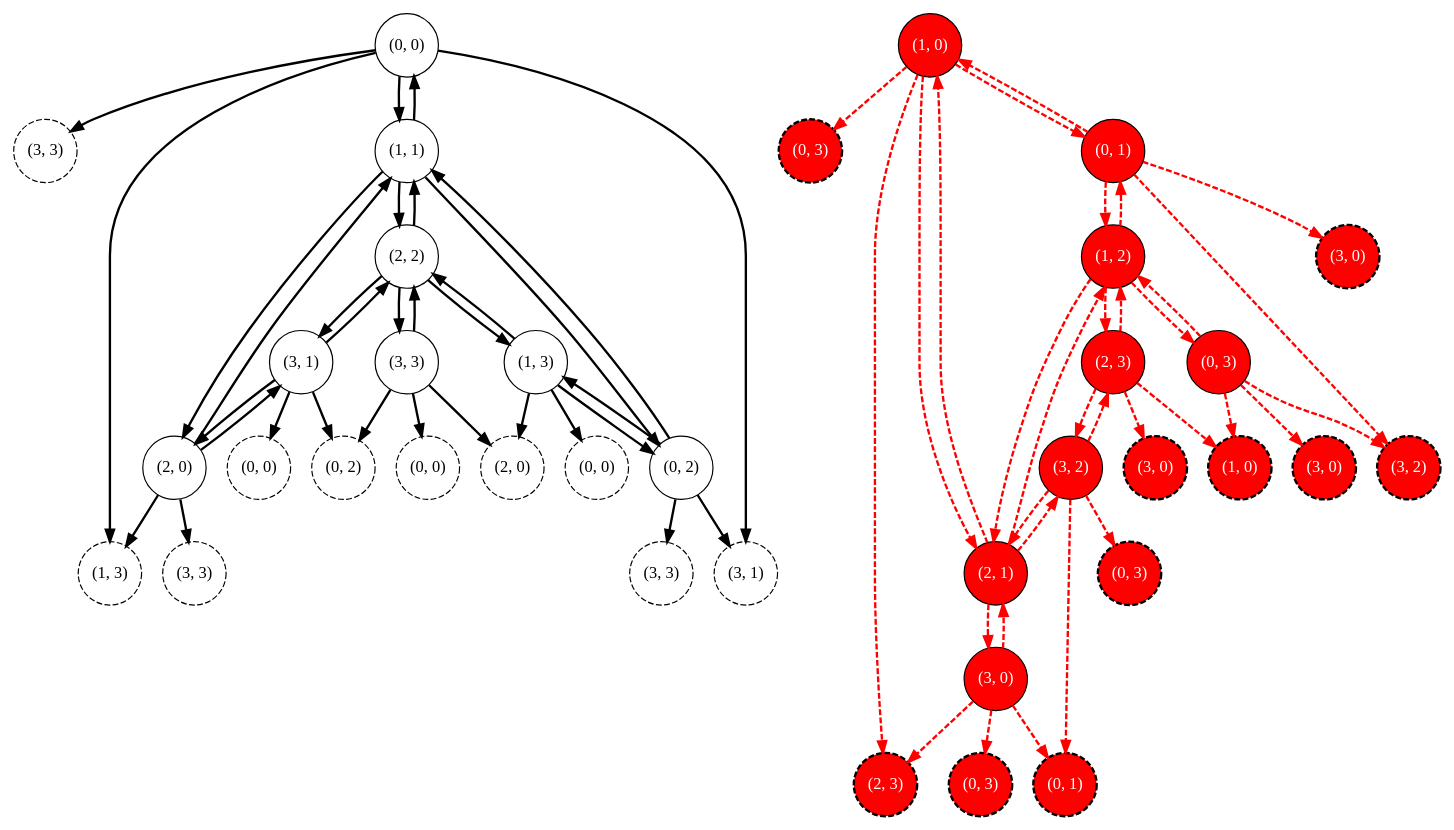
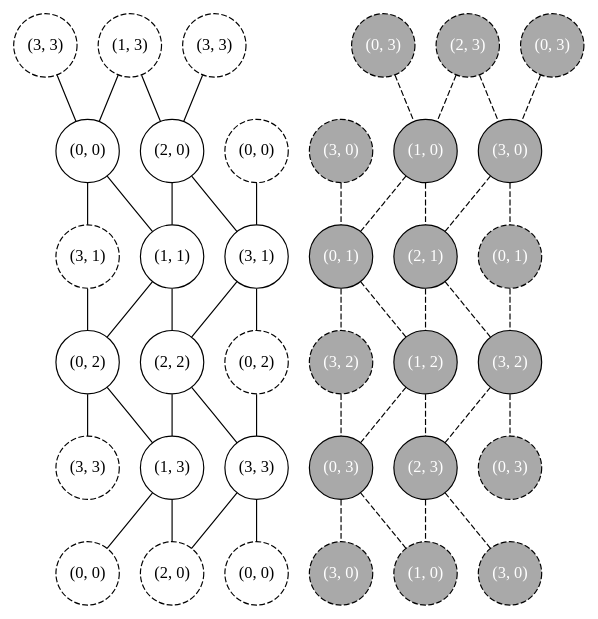
Before and after one commit to hiperwalk/hiperwalk: the diagram in docs/graphviz/grid/even-dim-diagonal.dot, drawn with Graphviz. The commit also changed 14 other files, not shown here.

```diff
--- a/docs/graphviz/grid/even-dim-diagonal.dot
+++ b/docs/graphviz/grid/even-dim-diagonal.dot
@@ -1,103 +1,85 @@
-digraph {
+graph {
 	"(-1, -1)" [pos="-1.75,-1.75!" width=0.75 height=0.75 fixedsize=True style="dashed" label="(3, 3)"]
-	"(0, -1)" [pos="0.0,-1.75!" width=0.75 height=0.75 fixedsize=True style="dashed" label="(0, 3)" fontcolor="white" fillcolor="red" style="filled,dashed" penwidth=2]
+	"(0, -1)" [pos="0.0,-1.75!" width=0.75 height=0.75 fixedsize=True style="dashed" label="(0, 3)" fontcolor="white" fillcolor="darkgray" style="filled,dashed"]
 	"(1, -1)" [pos="1.75,-1.75!" width=0.75 height=0.75 fixedsize=True style="dashed" label="(1, 3)"]
-	"(2, -1)" [pos="3.5,-1.75!" width=0.75 height=0.75 fixedsize=True style="dashed" label="(2, 3)" fontcolor="white" fillcolor="red" style="filled,dashed" penwidth=2]
+	"(2, -1)" [pos="3.5,-1.75!" width=0.75 height=0.75 fixedsize=True style="dashed" label="(2, 3)" fontcolor="white" fillcolor="darkgray" style="filled,dashed"]
 	"(3, -1)" [pos="5.25,-1.75!" width=0.75 height=0.75 fixedsize=True style="dashed" label="(3, 3)"]
-	"(4, -1)" [pos="7.0,-1.75!" width=0.75 height=0.75 fixedsize=True style="dashed" label="(0, 3)" fontcolor="white" fillcolor="red" style="filled,dashed" penwidth=2]
-	"(-1, 0)" [pos="-1.75,0.0!" width=0.75 height=0.75 fixedsize=True style="dashed" label="(3, 0)" fontcolor="white" fillcolor="red" style="filled,dashed" penwidth=2]
+	"(4, -1)" [pos="7.0,-1.75!" width=0.75 height=0.75 fixedsize=True style="dashed" label="(0, 3)" fontcolor="white" fillcolor="darkgray" style="filled,dashed"]
+	"(-1, 0)" [pos="-1.75,0.0!" width=0.75 height=0.75 fixedsize=True style="dashed" label="(3, 0)" fontcolor="white" fillcolor="darkgray" style="filled,dashed"]
 	"(0, 0)" [pos="0.0,0.0!" width=0.75 height=0.75 fixedsize=True]
-	"(1, 0)" [pos="1.75,0.0!" width=0.75 height=0.75 fixedsize=True fontcolor="white" fillcolor="red" style="filled"]
+	"(1, 0)" [pos="1.75,0.0!" width=0.75 height=0.75 fixedsize=True fontcolor="white" fillcolor="darkgray" style="filled"]
 	"(2, 0)" [pos="3.5,0.0!" width=0.75 height=0.75 fixedsize=True]
-	"(3, 0)" [pos="5.25,0.0!" width=0.75 height=0.75 fixedsize=True fontcolor="white" fillcolor="red" style="filled"]
+	"(3, 0)" [pos="5.25,0.0!" width=0.75 height=0.75 fixedsize=True fontcolor="white" fillcolor="darkgray" style="filled"]
 	"(4, 0)" [pos="7.0,0.0!" width=0.75 height=0.75 fixedsize=True style="dashed" label="(0, 0)"]
 	"(-1, 1)" [pos="-1.75,1.75!" width=0.75 height=0.75 fixedsize=True style="dashed" label="(3, 1)"]
-	"(0, 1)" [pos="0.0,1.75!" width=0.75 height=0.75 fixedsize=True fontcolor="white" fillcolor="red" style="filled"]
+	"(0, 1)" [pos="0.0,1.75!" width=0.75 height=0.75 fixedsize=True fontcolor="white" fillcolor="darkgray" style="filled"]
 	"(1, 1)" [pos="1.75,1.75!" width=0.75 height=0.75 fixedsize=True]
-	"(2, 1)" [pos="3.5,1.75!" width=0.75 height=0.75 fixedsize=True fontcolor="white" fillcolor="red" style="filled"]
+	"(2, 1)" [pos="3.5,1.75!" width=0.75 height=0.75 fixedsize=True fontcolor="white" fillcolor="darkgray" style="filled"]
 	"(3, 1)" [pos="5.25,1.75!" width=0.75 height=0.75 fixedsize=True]
-	"(4, 1)" [pos="7.0,1.75!" width=0.75 height=0.75 fixedsize=True style="dashed" label="(0, 1)" fontcolor="white" fillcolor="red" style="filled,dashed" penwidth=2]
-	"(-1, 2)" [pos="-1.75,3.5!" width=0.75 height=0.75 fixedsize=True style="dashed" label="(3, 2)" fontcolor="white" fillcolor="red" style="filled,dashed" penwidth=2]
+	"(4, 1)" [pos="7.0,1.75!" width=0.75 height=0.75 fixedsize=True style="dashed" label="(0, 1)" fontcolor="white" fillcolor="darkgray" style="filled,dashed"]
+	"(-1, 2)" [pos="-1.75,3.5!" width=0.75 height=0.75 fixedsize=True style="dashed" label="(3, 2)" fontcolor="white" fillcolor="darkgray" style="filled,dashed"]
 	"(0, 2)" [pos="0.0,3.5!" width=0.75 height=0.75 fixedsize=True]
-	"(1, 2)" [pos="1.75,3.5!" width=0.75 height=0.75 fixedsize=True fontcolor="white" fillcolor="red" style="filled"]
+	"(1, 2)" [pos="1.75,3.5!" width=0.75 height=0.75 fixedsize=True fontcolor="white" fillcolor="darkgray" style="filled"]
 	"(2, 2)" [pos="3.5,3.5!" width=0.75 height=0.75 fixedsize=True]
-	"(3, 2)" [pos="5.25,3.5!" width=0.75 height=0.75 fixedsize=True fontcolor="white" fillcolor="red" style="filled"]
+	"(3, 2)" [pos="5.25,3.5!" width=0.75 height=0.75 fixedsize=True fontcolor="white" fillcolor="darkgray" style="filled"]
 	"(4, 2)" [pos="7.0,3.5!" width=0.75 height=0.75 fixedsize=True style="dashed" label="(0, 2)"]
 	"(-1, 3)" [pos="-1.75,5.25!" width=0.75 height=0.75 fixedsize=True style="dashed" label="(3, 3)"]
-	"(0, 3)" [pos="0.0,5.25!" width=0.75 height=0.75 fixedsize=True fontcolor="white" fillcolor="red" style="filled"]
+	"(0, 3)" [pos="0.0,5.25!" width=0.75 height=0.75 fixedsize=True fontcolor="white" fillcolor="darkgray" style="filled"]
 	"(1, 3)" [pos="1.75,5.25!" width=0.75 height=0.75 fixedsize=True]
-	"(2, 3)" [pos="3.5,5.25!" width=0.75 height=0.75 fixedsize=True fontcolor="white" fillcolor="red" style="filled"]
+	"(2, 3)" [pos="3.5,5.25!" width=0.75 height=0.75 fixedsize=True fontcolor="white" fillcolor="darkgray" style="filled"]
 	"(3, 3)" [pos="5.25,5.25!" width=0.75 height=0.75 fixedsize=True]
-	"(4, 3)" [pos="7.0,5.25!" width=0.75 height=0.75 fixedsize=True style="dashed" label="(0, 3)" fontcolor="white" fillcolor="red" style="filled,dashed" penwidth=2]
-	"(-1, 4)" [pos="-1.75,7.0!" width=0.75 height=0.75 fixedsize=True style="dashed" label="(3, 0)" fontcolor="white" fillcolor="red" style="filled,dashed" penwidth=2]
+	"(4, 3)" [pos="7.0,5.25!" width=0.75 height=0.75 fixedsize=True style="dashed" label="(0, 3)" fontcolor="white" fillcolor="darkgray" style="filled,dashed"]
+	"(-1, 4)" [pos="-1.75,7.0!" width=0.75 height=0.75 fixedsize=True style="dashed" label="(3, 0)" fontcolor="white" fillcolor="darkgray" style="filled,dashed"]
 	"(0, 4)" [pos="0.0,7.0!" width=0.75 height=0.75 fixedsize=True style="dashed" label="(0, 0)"]
-	"(1, 4)" [pos="1.75,7.0!" width=0.75 height=0.75 fixedsize=True style="dashed" label="(1, 0)" fontcolor="white" fillcolor="red" style="filled,dashed" penwidth=2]
+	"(1, 4)" [pos="1.75,7.0!" width=0.75 height=0.75 fixedsize=True style="dashed" label="(1, 0)" fontcolor="white" fillcolor="darkgray" style="filled,dashed"]
 	"(2, 4)" [pos="3.5,7.0!" width=0.75 height=0.75 fixedsize=True style="dashed" label="(2, 0)"]
-	"(3, 4)" [pos="5.25,7.0!" width=0.75 height=0.75 fixedsize=True style="dashed" label="(3, 0)" fontcolor="white" fillcolor="red" style="filled,dashed" penwidth=2]
+	"(3, 4)" [pos="5.25,7.0!" width=0.75 height=0.75 fixedsize=True style="dashed" label="(3, 0)" fontcolor="white" fillcolor="darkgray" style="filled,dashed"]
 	"(4, 4)" [pos="7.0,7.0!" width=0.75 height=0.75 fixedsize=True style="dashed" label="(0, 0)"]
 
-	 "(0, 0)" -> "(1, 1)"[ labeldistance=2 labelangle=-50 penwidth=2];
-	 "(0, 0)" -> "(1, -1)"[ labeldistance=2 labelangle=-50 penwidth=2];
-	 "(0, 0)" -> "(-1, 1)"[ labeldistance=2 labelangle=-50 penwidth=2];
-	 "(0, 0)" -> "(-1, -1)"[ labeldistance=2 labelangle=-50 penwidth=2];
-	 "(1, 0)" -> "(2, 1)"[ color="red" style="dashed" labeldistance=2 labelangle=-50 penwidth=2];
-	 "(1, 0)" -> "(2, -1)"[ color="red" style="dashed" labeldistance=2 labelangle=-50 penwidth=2];
-	 "(1, 0)" -> "(0, 1)"[ color="red" style="dashed" labeldistance=2 labelangle=-50 penwidth=2];
-	 "(1, 0)" -> "(0, -1)"[ color="red" style="dashed" labeldistance=2 labelangle=-50 penwidth=2];
-	 "(2, 0)" -> "(3, 1)"[ labeldistance=2 labelangle=-50 penwidth=2];
-	 "(2, 0)" -> "(3, -1)"[ labeldistance=2 labelangle=-50 penwidth=2];
-	 "(2, 0)" -> "(1, 1)"[ labeldistance=2 labelangle=-50 penwidth=2];
-	 "(2, 0)" -> "(1, -1)"[ labeldistance=2 labelangle=-50 penwidth=2];
-	 "(3, 0)" -> "(4, 1)"[ color="red" style="dashed" labeldistance=2 labelangle=-50 penwidth=2];
-	 "(3, 0)" -> "(4, -1)"[ color="red" style="dashed" labeldistance=2 labelangle=-50 penwidth=2];
-	 "(3, 0)" -> "(2, 1)"[ color="red" style="dashed" labeldistance=2 labelangle=-50 penwidth=2];
-	 "(3, 0)" -> "(2, -1)"[ color="red" style="dashed" labeldistance=2 labelangle=-50 penwidth=2];
-	 "(0, 1)" -> "(1, 2)"[ color="red" style="dashed" labeldistance=2 labelangle=-50 penwidth=2];
-	 "(0, 1)" -> "(1, 0)"[ color="red" style="dashed" labeldistance=2 labelangle=-50 penwidth=2];
-	 "(0, 1)" -> "(-1, 2)"[ color="red" style="dashed" labeldistance=2 labelangle=-50 penwidth=2];
-	 "(0, 1)" -> "(-1, 0)"[ color="red" style="dashed" labeldistance=2 labelangle=-50 penwidth=2];
-	 "(1, 1)" -> "(2, 2)"[ labeldistance=2 labelangle=-50 penwidth=2];
-	 "(1, 1)" -> "(2, 0)"[ labeldistance=2 labelangle=-50 penwidth=2];
-	 "(1, 1)" -> "(0, 2)"[ labeldistance=2 labelangle=-50 penwidth=2];
-	 "(1, 1)" -> "(0, 0)"[ labeldistance=2 labelangle=-50 penwidth=2];
-	 "(2, 1)" -> "(3, 2)"[ color="red" style="dashed" labeldistance=2 labelangle=-50 penwidth=2];
-	 "(2, 1)" -> "(3, 0)"[ color="red" style="dashed" labeldistance=2 labelangle=-50 penwidth=2];
-	 "(2, 1)" -> "(1, 2)"[ color="red" style="dashed" labeldistance=2 labelangle=-50 penwidth=2];
-	 "(2, 1)" -> "(1, 0)"[ color="red" style="dashed" labeldistance=2 labelangle=-50 penwidth=2];
-	 "(3, 1)" -> "(4, 2)"[ labeldistance=2 labelangle=-50 penwidth=2];
-	 "(3, 1)" -> "(4, 0)"[ labeldistance=2 labelangle=-50 penwidth=2];
-	 "(3, 1)" -> "(2, 2)"[ labeldistance=2 labelangle=-50 penwidth=2];
-	 "(3, 1)" -> "(2, 0)"[ labeldistance=2 labelangle=-50 penwidth=2];
-	 "(0, 2)" -> "(1, 3)"[ labeldistance=2 labelangle=-50 penwidth=2];
-	 "(0, 2)" -> "(1, 1)"[ labeldistance=2 labelangle=-50 penwidth=2];
-	 "(0, 2)" -> "(-1, 3)"[ labeldistance=2 labelangle=-50 penwidth=2];
-	 "(0, 2)" -> "(-1, 1)"[ labeldistance=2 labelangle=-50 penwidth=2];
-	 "(1, 2)" -> "(2, 3)"[ color="red" style="dashed" labeldistance=2 labelangle=-50 penwidth=2];
-	 "(1, 2)" -> "(2, 1)"[ color="red" style="dashed" labeldistance=2 labelangle=-50 penwidth=2];
-	 "(1, 2)" -> "(0, 3)"[ color="red" style="dashed" labeldistance=2 labelangle=-50 penwidth=2];
-	 "(1, 2)" -> "(0, 1)"[ color="red" style="dashed" labeldistance=2 labelangle=-50 penwidth=2];
-	 "(2, 2)" -> "(3, 3)"[ labeldistance=2 labelangle=-50 penwidth=2];
-	 "(2, 2)" -> "(3, 1)"[ labeldistance=2 labelangle=-50 penwidth=2];
-	 "(2, 2)" -> "(1, 3)"[ labeldistance=2 labelangle=-50 penwidth=2];
-	 "(2, 2)" -> "(1, 1)"[ labeldistance=2 labelangle=-50 penwidth=2];
-	 "(3, 2)" -> "(4, 3)"[ color="red" style="dashed" labeldistance=2 labelangle=-50 penwidth=2];
-	 "(3, 2)" -> "(4, 1)"[ color="red" style="dashed" labeldistance=2 labelangle=-50 penwidth=2];
-	 "(3, 2)" -> "(2, 3)"[ color="red" style="dashed" labeldistance=2 labelangle=-50 penwidth=2];
-	 "(3, 2)" -> "(2, 1)"[ color="red" style="dashed" labeldistance=2 labelangle=-50 penwidth=2];
-	 "(0, 3)" -> "(1, 4)"[ color="red" style="dashed" labeldistance=2 labelangle=-50 penwidth=2];
-	 "(0, 3)" -> "(1, 2)"[ color="red" style="dashed" labeldistance=2 labelangle=-50 penwidth=2];
-	 "(0, 3)" -> "(-1, 4)"[ color="red" style="dashed" labeldistance=2 labelangle=-50 penwidth=2];
-	 "(0, 3)" -> "(-1, 2)"[ color="red" style="dashed" labeldistance=2 labelangle=-50 penwidth=2];
-	 "(1, 3)" -> "(2, 4)"[ labeldistance=2 labelangle=-50 penwidth=2];
-	 "(1, 3)" -> "(2, 2)"[ labeldistance=2 labelangle=-50 penwidth=2];
-	 "(1, 3)" -> "(0, 4)"[ labeldistance=2 labelangle=-50 penwidth=2];
-	 "(1, 3)" -> "(0, 2)"[ labeldistance=2 labelangle=-50 penwidth=2];
-	 "(2, 3)" -> "(3, 4)"[ color="red" style="dashed" labeldistance=2 labelangle=-50 penwidth=2];
-	 "(2, 3)" -> "(3, 2)"[ color="red" style="dashed" labeldistance=2 labelangle=-50 penwidth=2];
-	 "(2, 3)" -> "(1, 4)"[ color="red" style="dashed" labeldistance=2 labelangle=-50 penwidth=2];
-	 "(2, 3)" -> "(1, 2)"[ color="red" style="dashed" labeldistance=2 labelangle=-50 penwidth=2];
-	 "(3, 3)" -> "(4, 4)"[ labeldistance=2 labelangle=-50 penwidth=2];
-	 "(3, 3)" -> "(4, 2)"[ labeldistance=2 labelangle=-50 penwidth=2];
-	 "(3, 3)" -> "(2, 4)"[ labeldistance=2 labelangle=-50 penwidth=2];
-	 "(3, 3)" -> "(2, 2)"[ labeldistance=2 labelangle=-50 penwidth=2];
+	 "(-1, -1)" -- "(0, 0)"[];
+	 "(0, -1)" -- "(1, 0)"[ color="black" style="dashed"];
+	 "(1, -1)" -- "(2, 0)"[];
+	 "(1, -1)" -- "(0, 0)"[];
+	 "(2, -1)" -- "(3, 0)"[ color="black" style="dashed"];
+	 "(2, -1)" -- "(1, 0)"[ color="black" style="dashed"];
+	 "(3, -1)" -- "(2, 0)"[];
+	 "(4, -1)" -- "(3, 0)"[ color="black" style="dashed"];
+	 "(-1, 0)" -- "(0, 1)"[ color="black" style="dashed"];
+	 "(0, 0)" -- "(1, 1)"[];
+	 "(0, 0)" -- "(-1, 1)"[];
+	 "(1, 0)" -- "(2, 1)"[ color="black" style="dashed"];
+	 "(1, 0)" -- "(0, 1)"[ color="black" style="dashed"];
+	 "(2, 0)" -- "(3, 1)"[];
+	 "(2, 0)" -- "(1, 1)"[];
+	 "(3, 0)" -- "(4, 1)"[ color="black" style="dashed"];
+	 "(3, 0)" -- "(2, 1)"[ color="black" style="dashed"];
+	 "(4, 0)" -- "(3, 1)"[];
+	 "(-1, 1)" -- "(0, 2)"[];
+	 "(0, 1)" -- "(1, 2)"[ color="black" style="dashed"];
+	 "(0, 1)" -- "(-1, 2)"[ color="black" style="dashed"];
+	 "(1, 1)" -- "(2, 2)"[];
+	 "(1, 1)" -- "(0, 2)"[];
+	 "(2, 1)" -- "(3, 2)"[ color="black" style="dashed"];
+	 "(2, 1)" -- "(1, 2)"[ color="black" style="dashed"];
+	 "(3, 1)" -- "(4, 2)"[];
+	 "(3, 1)" -- "(2, 2)"[];
+	 "(4, 1)" -- "(3, 2)"[ color="black" style="dashed"];
+	 "(-1, 2)" -- "(0, 3)"[ color="black" style="dashed"];
+	 "(0, 2)" -- "(1, 3)"[];
+	 "(0, 2)" -- "(-1, 3)"[];
+	 "(1, 2)" -- "(2, 3)"[ color="black" style="dashed"];
+	 "(1, 2)" -- "(0, 3)"[ color="black" style="dashed"];
+	 "(2, 2)" -- "(3, 3)"[];
+	 "(2, 2)" -- "(1, 3)"[];
+	 "(3, 2)" -- "(4, 3)"[ color="black" style="dashed"];
+	 "(3, 2)" -- "(2, 3)"[ color="black" style="dashed"];
+	 "(4, 2)" -- "(3, 3)"[];
+	 "(0, 3)" -- "(1, 4)"[ color="black" style="dashed"];
+	 "(0, 3)" -- "(-1, 4)"[ color="black" style="dashed"];
+	 "(1, 3)" -- "(2, 4)"[];
+	 "(1, 3)" -- "(0, 4)"[];
+	 "(2, 3)" -- "(3, 4)"[ color="black" style="dashed"];
+	 "(2, 3)" -- "(1, 4)"[ color="black" style="dashed"];
+	 "(3, 3)" -- "(4, 4)"[];
+	 "(3, 3)" -- "(2, 4)"[];
 }
```
